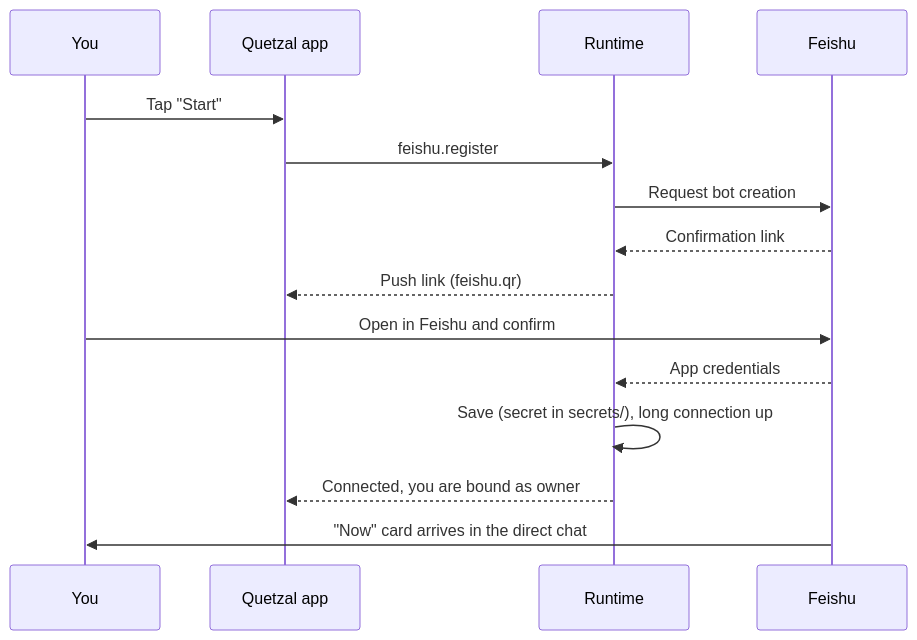
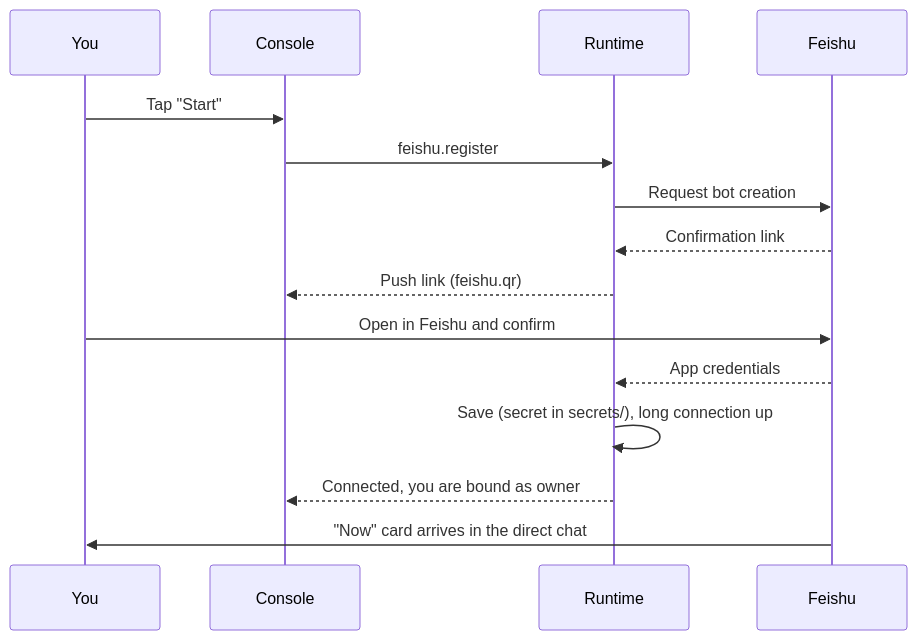
Before and after one commit to Causally-XYZ/Project.Quetzal: the diagram in website/content/docs/en/guide/feishu.md, drawn with Mermaid. The commit also changed 30 other files, not shown here.

````diff
--- a/website/content/docs/en/guide/feishu.md
+++ b/website/content/docs/en/guide/feishu.md
@@ -19,17 +19,17 @@
 ```mermaid
 sequenceDiagram
   participant U as You
-  participant A as Quetzal app
+  participant A as Console
   participant R as Runtime
   participant F as Feishu
   U->>A: Tap "Start"
   A->>R: feishu.register
   R->>F: Request bot creation
   F-->>R: Confirmation link
   R-->>A: Push link (feishu.qr)
   U->>F: Open in Feishu and confirm
   F-->>R: App credentials
   R->>R: Save (secret in secrets/), long connection up
   R-->>A: Connected, you are bound as owner
   F->>U: "Now" card arrives in the direct chat
 ```
````
